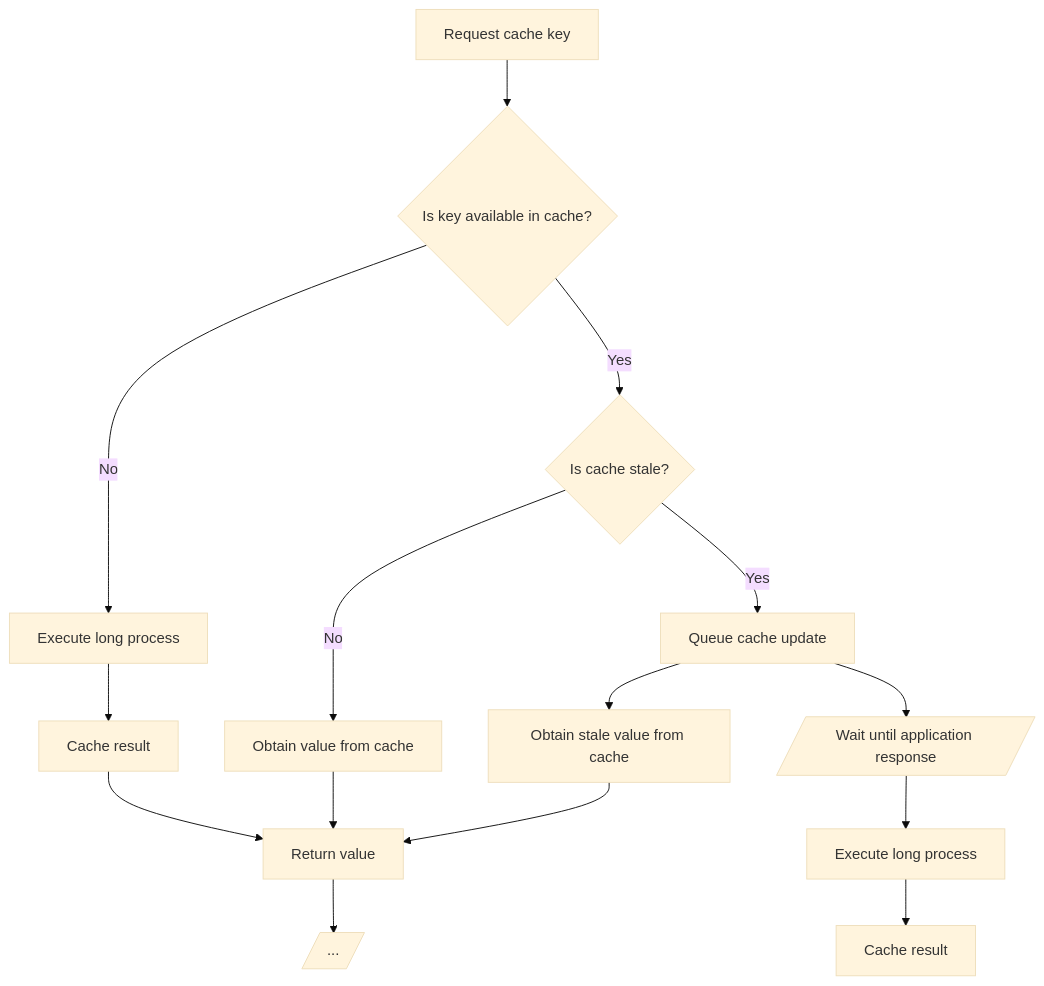
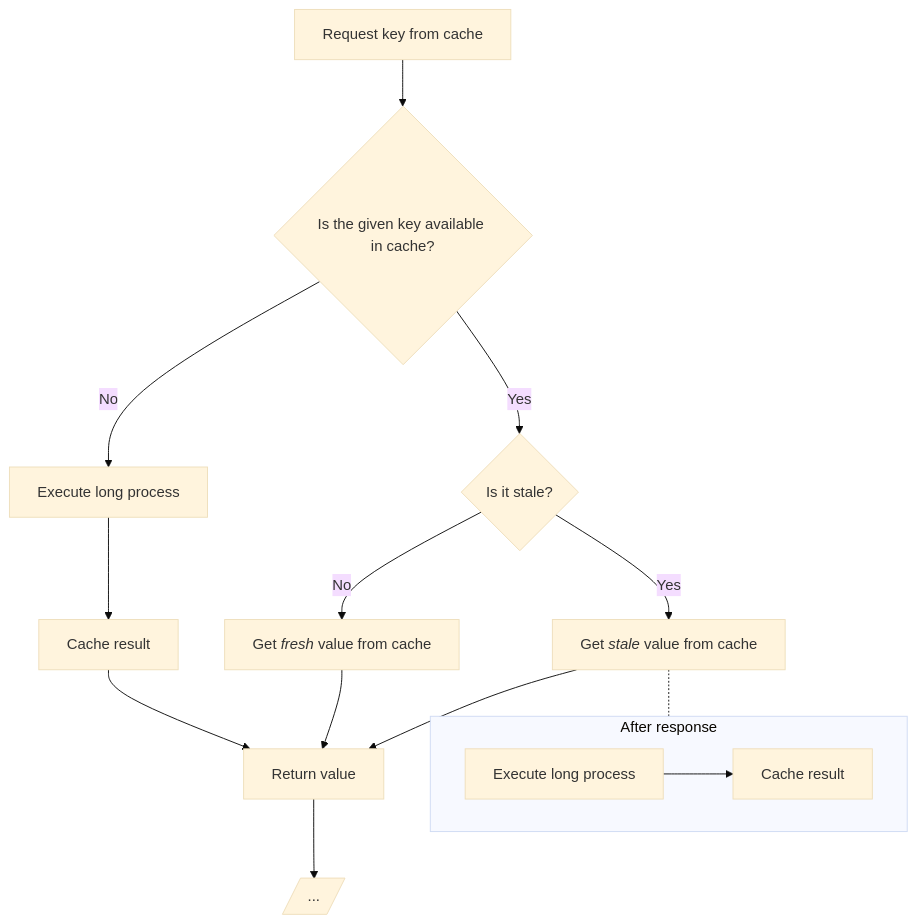
Before and after one commit to iksaku/laravel-swr-cache: the diagram in README.md, drawn with Mermaid (base theme). The commit also changed other lines of this file, not shown here.

````diff
--- a/README.md
+++ b/README.md
@@ -23,22 +23,22 @@
 ```mermaid
 flowchart TD
-    Request[Request cache key] --> CacheHit{Is key available in cache?}
+    Request[Request key from cache] --> CacheHit{Is the given key available in cache?}
 
     CacheHit -->|No| FirstTimeProcess[Execute long process]
     FirstTimeProcess --> FirstTimeCache[Cache result]
     FirstTimeCache --> Response
-    
-    CacheHit -->|Yes| CacheStale{Is cache stale?}
-        CacheStale -->|No| ObtainCache[Obtain value from cache]
-        ObtainCache --> Response
 
-        CacheStale --> |Yes| QueueUpdate[Queue cache update]
-            QueueUpdate --> ObtainStaleCache[Obtain stale value from cache]
-            ObtainStaleCache --> Response
+    CacheHit -->|Yes| CacheStale{Is it stale?}
+    CacheStale -->|No| ObtainCache["`Get _fresh_ value from cache`"]
+    ObtainCache --> Response
 
-            QueueUpdate --> AfterResponse[/Wait until application response/]
-            AfterResponse --> LongProcess[Execute long process]
-            LongProcess --> CacheResult[Cache result]
+    CacheStale --> |Yes| ObtainStaleCache
+        ObtainStaleCache["`Get _stale_ value from cache`"] --> Response
+        
+        ObtainStaleCache -.- Background
+        subgraph Background[After response]
+            LongProcess[Execute long process] --> CacheResult[Cache result]
+        end
 
     Response[Return value] --> Continue[/.../]
 ```
````
